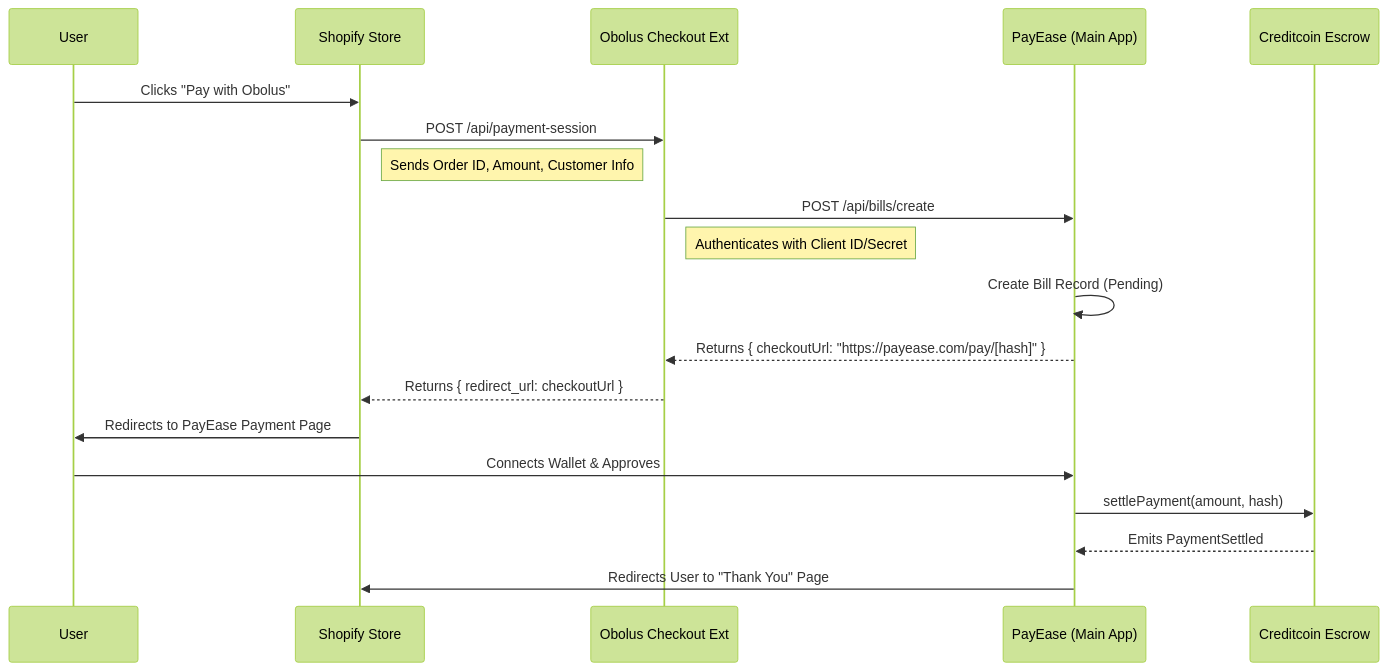
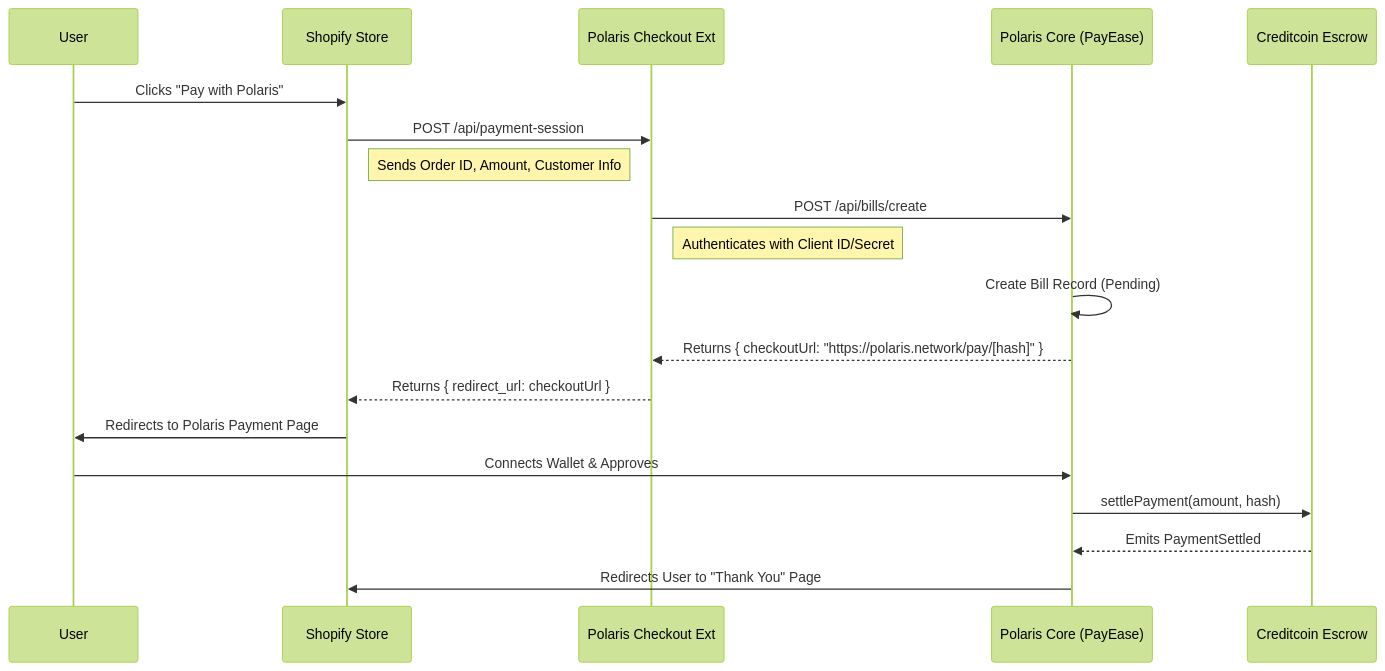
The diagram in archi.md (nickthelegend/polaris-core-zama), drawn with Mermaid (forest theme) before and after one commit. The commit also changed other lines of this file, not shown here.

Commit message:
Polaris and update next.config.mjs with CORS headers and local image domains

````diff
--- a/archi.md
+++ b/archi.md
@@ -27,27 +26,27 @@
 ```mermaid
 sequenceDiagram
     participant User
     participant Shopify as Shopify Store
-    participant Checkout as Obolus Checkout Ext
-    participant PayEase as PayEase (Main App)
+    participant Checkout as Polaris Checkout Ext
+    participant PayEase as Polaris Core (PayEase)
     participant Contract as Creditcoin Escrow
 
-    User->>Shopify: Clicks "Pay with Obolus"
+    User->>Shopify: Clicks "Pay with Polaris"
     Shopify->>Checkout: POST /api/payment-session
     Note right of Shopify: Sends Order ID, Amount, Customer Info
     
     Checkout->>PayEase: POST /api/bills/create
     Note right of Checkout: Authenticates with Client ID/Secret
     
     PayEase->>PayEase: Create Bill Record (Pending)
-    PayEase-->>Checkout: Returns { checkoutUrl: "https://payease.com/pay/[hash]" }
+    PayEase-->>Checkout: Returns { checkoutUrl: "https://polaris.network/pay/[hash]" }
     
     Checkout-->>Shopify: Returns { redirect_url: checkoutUrl }
-    Shopify->>User: Redirects to PayEase Payment Page
+    Shopify->>User: Redirects to Polaris Payment Page
     
     User->>PayEase: Connects Wallet & Approves
     PayEase->>Contract: settlePayment(amount, hash)
     Contract-->>PayEase: Emits PaymentSettled
     
     PayEase->>Shopify: Redirects User to "Thank You" Page
 ```
````
